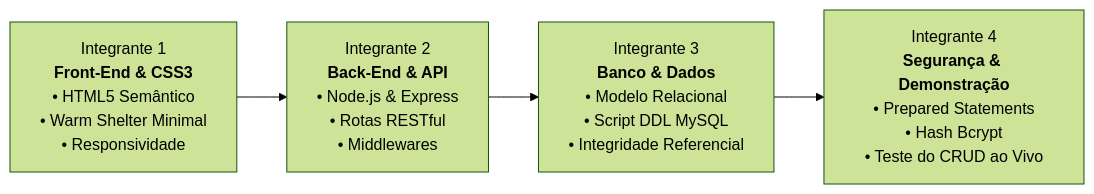
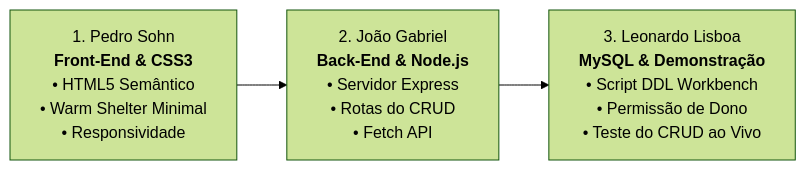
The third of 3 diagrams in DOCUMENTACAO_TECNICA.md (leonardoclisboa/AdotePet-Projeto-Academico), drawn with Mermaid (forest theme) before and after one commit. The commit also changed other lines of this file and 5 other files, not shown here.

````diff
--- a/DOCUMENTACAO_TECNICA.md
+++ b/DOCUMENTACAO_TECNICA.md
@@ -194,6 +191,5 @@
 ```mermaid
 flowchart LR
-    E1["Integrante 1<br><b>Front-End & CSS3</b><br>• HTML5 Semântico<br>• Warm Shelter Minimal<br>• Responsividade"] --> E2["Integrante 2<br><b>Back-End & API</b><br>• Node.js & Express<br>• Rotas RESTful<br>• Middlewares"]
-    E2 --> E3["Integrante 3<br><b>Banco & Dados</b><br>• Modelo Relacional<br>• Script DDL MySQL<br>• Integridade Referencial"]
-    E3 --> E4["Integrante 4<br><b>Segurança & Demonstração</b><br>• Prepared Statements<br>• Hash Bcrypt<br>• Teste do CRUD ao Vivo"]
+    A1["1. Pedro Sohn<br><b>Front-End & CSS3</b><br>• HTML5 Semântico<br>• Warm Shelter Minimal<br>• Responsividade"] --> A2["2. João Gabriel<br><b>Back-End & Node.js</b><br>• Servidor Express<br>• Rotas do CRUD<br>• Fetch API"]
+    A2 --> A3["3. Leonardo Lisboa<br><b>MySQL & Demonstração</b><br>• Script DDL Workbench<br>• Permissão de Dono<br>• Teste do CRUD ao Vivo"]
 ```
````
